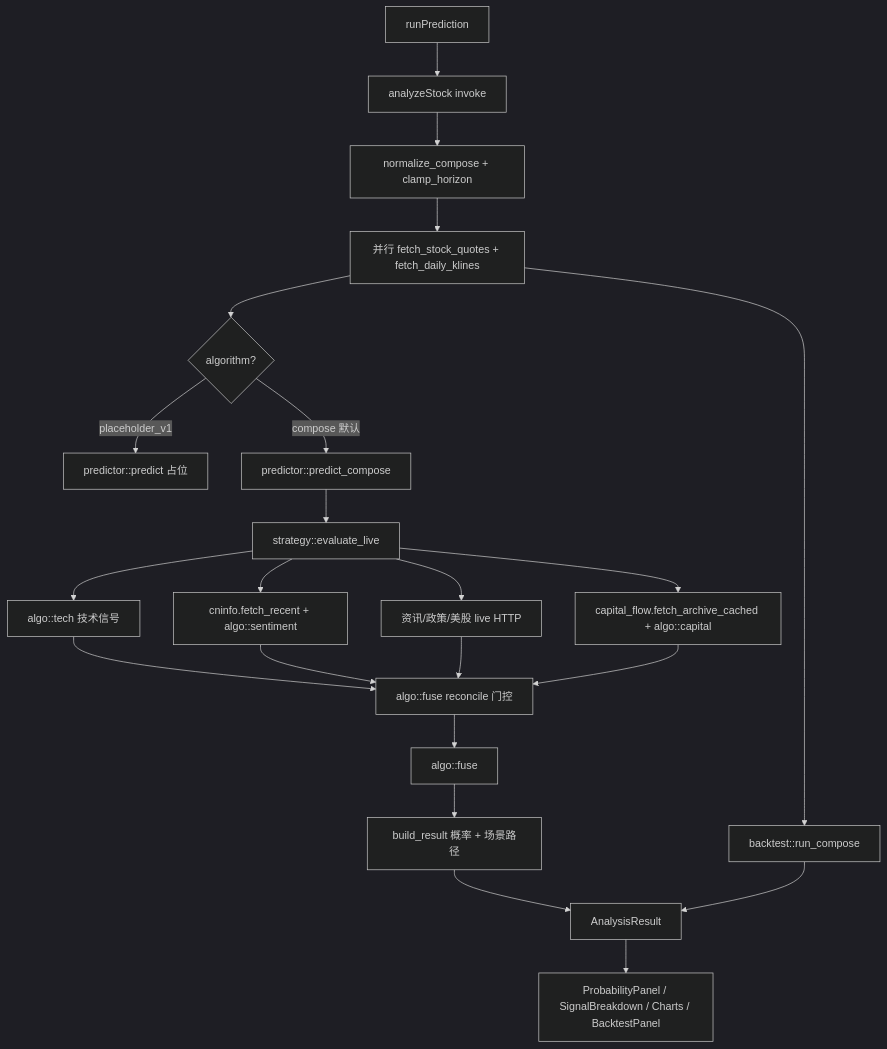
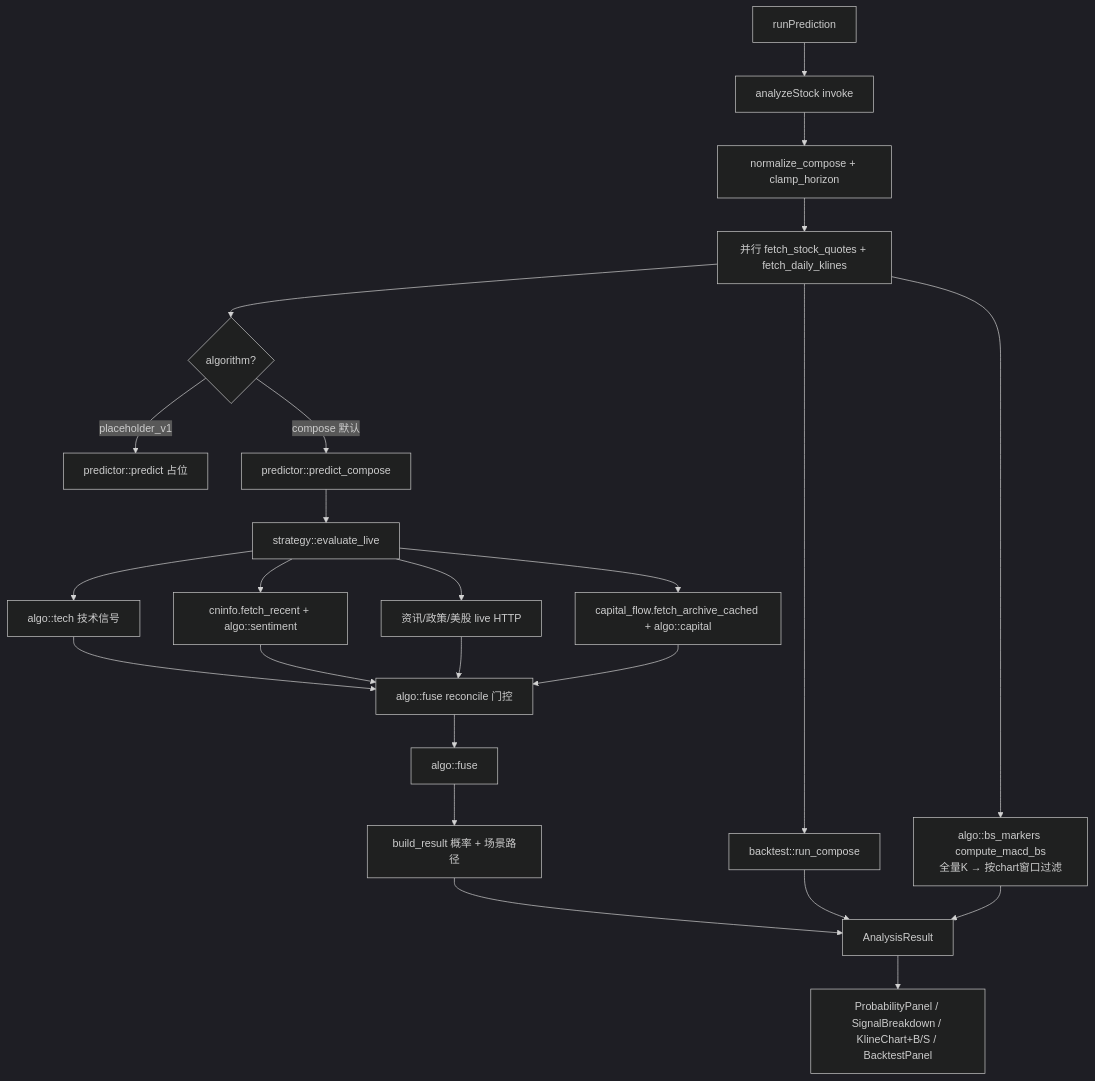
One commit to wuyanwen1997-wyw/stock-predict changed the fifth of 19 diagrams in docs/软件设计说明.md. Above: the diagram before and after it, drawn with Mermaid (dark theme). The commit also changed other lines of this file and 10 other files, not shown here.

````diff
--- a/docs/软件设计说明.md
+++ b/docs/软件设计说明.md
@@ -253,20 +255,21 @@
 ```mermaid
 flowchart TD
     A[runPrediction] --> B[analyzeStock invoke]
     B --> C[normalize_compose + clamp_horizon]
     C --> D[并行 fetch_stock_quotes + fetch_daily_klines]
     D --> E{algorithm?}
     E -->|placeholder_v1| F[predictor::predict 占位]
     E -->|compose 默认| G[predictor::predict_compose]
     G --> H[strategy::evaluate_live]
     H --> H1[algo::tech 技术信号]
     H --> H2[cninfo.fetch_recent + algo::sentiment]
     H --> H3[资讯/政策/美股 live HTTP]
     H --> H4[capital_flow.fetch_archive_cached + algo::capital]
     H1 & H2 & H3 & H4 --> I[algo::fuse reconcile 门控]
     I --> J[algo::fuse]
     J --> K[build_result 概率 + 场景路径]
     D --> L[backtest::run_compose]
-    K & L --> M[AnalysisResult]
-    M --> N[ProbabilityPanel / SignalBreakdown / Charts / BacktestPanel]
+    D --> BS[algo::bs_markers compute_macd_bs<br/>全量K → 按chart窗口过滤]
+    K & L & BS --> M[AnalysisResult]
+    M --> N[ProbabilityPanel / SignalBreakdown / KlineChart+B/S / BacktestPanel]
 ```
````
